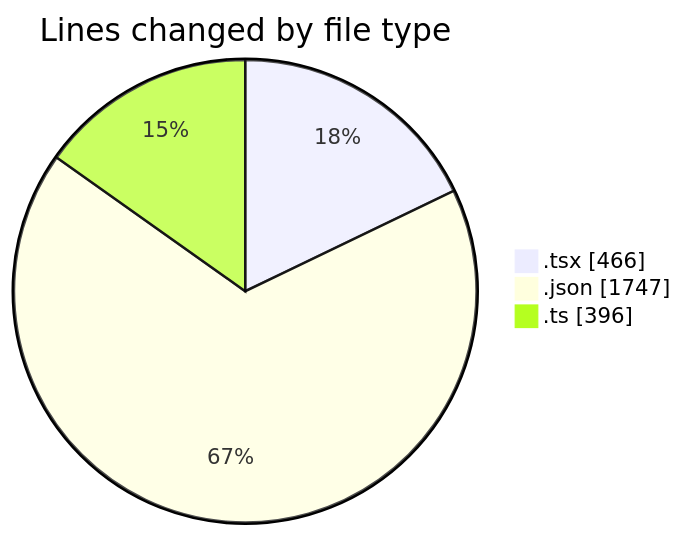
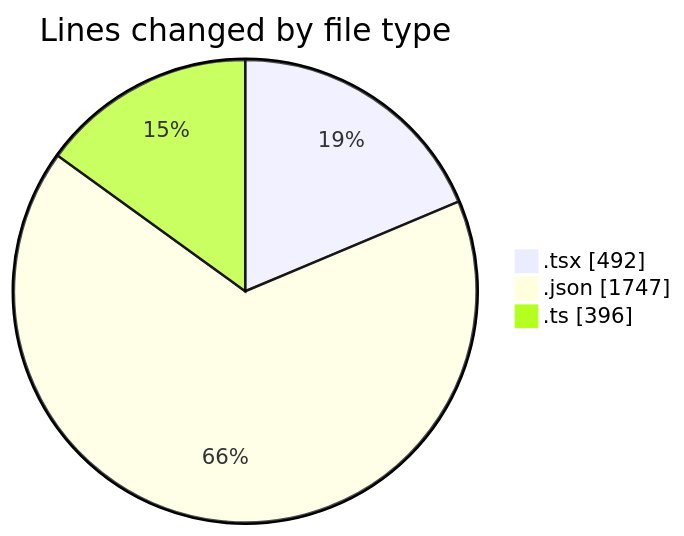
Before and after one commit to julien-gomy/code-tracking: the first of 2 diagrams in 2025-10-30/eventscop-frontend-guide__workspace_/README.md, drawn with Mermaid. The commit also changed other lines of this file and 1 other file, not shown here.

````diff
--- a/2025-10-30/eventscop-frontend-guide__workspace_/README.md
+++ b/2025-10-30/eventscop-frontend-guide__workspace_/README.md
@@ -29,7 +29,7 @@
 ```mermaid
 pie showData
 title Lines changed by file type
-".tsx" : 466
+".tsx" : 492
 ".json" : 1747
 ".ts" : 396
 ```
````
